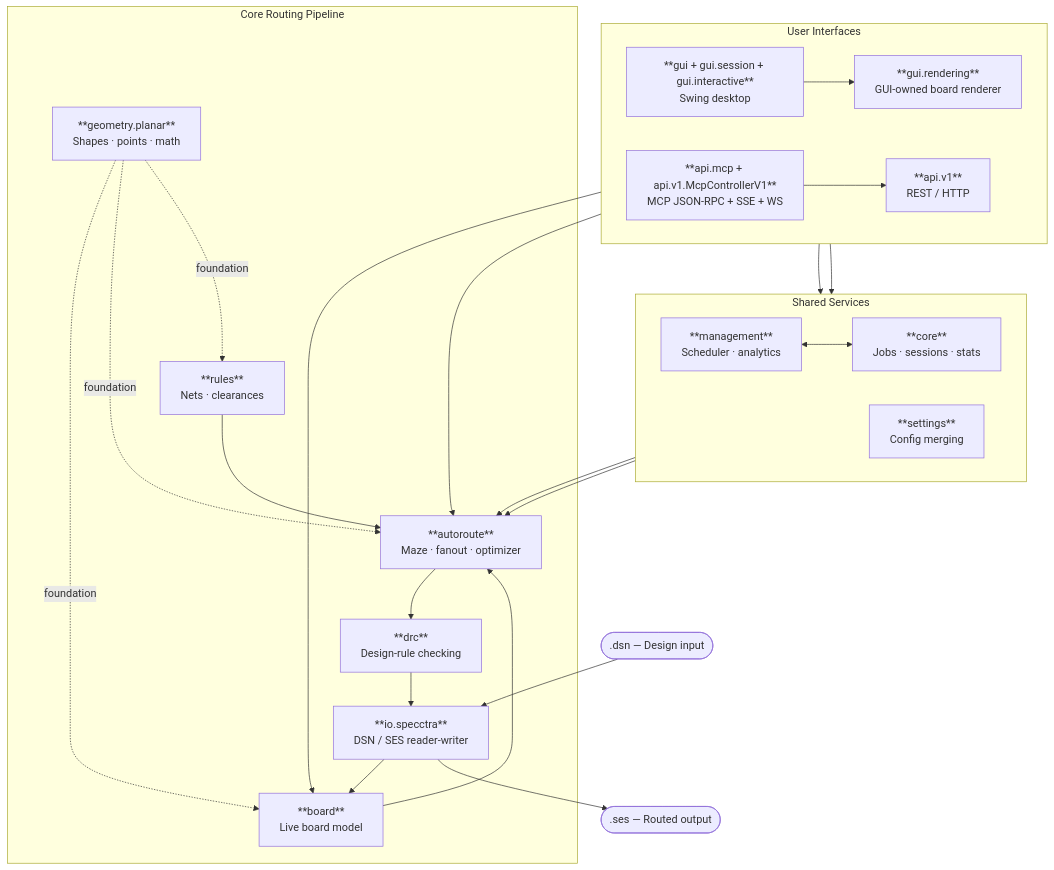
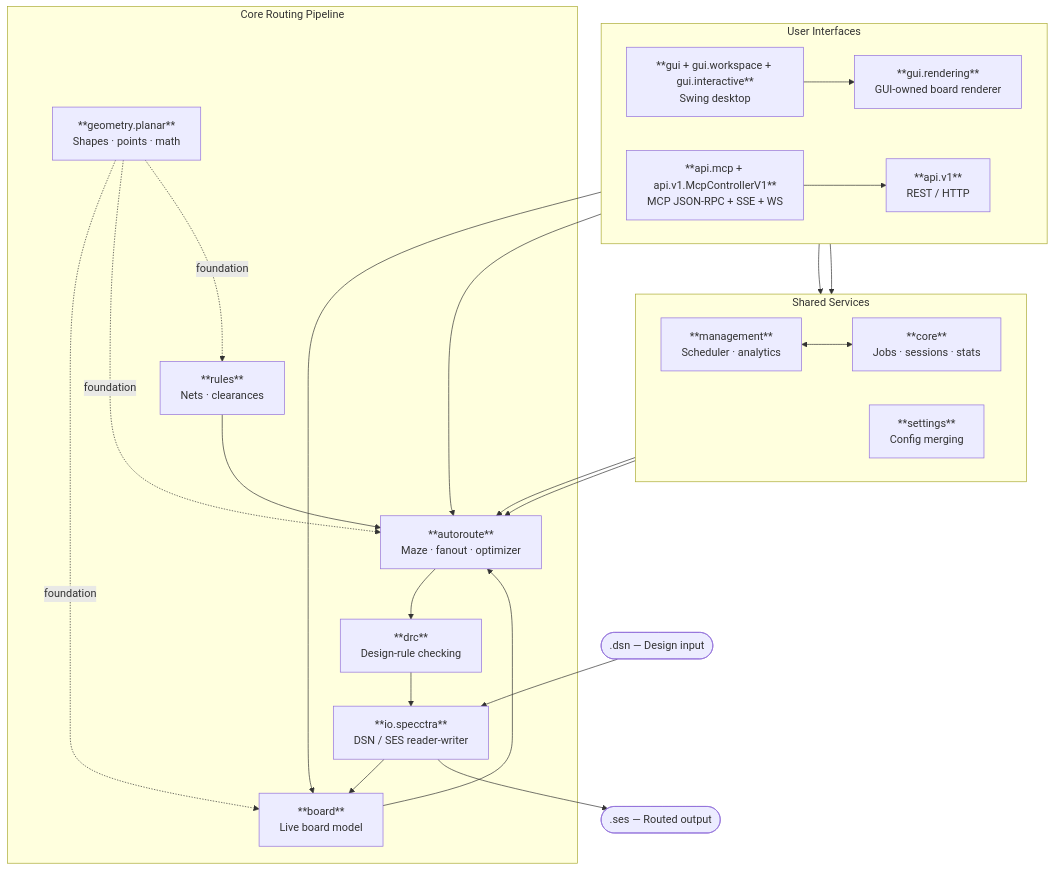
One commit to freerouting/freerouting changed the diagram in docs/architecture.md. Above: the diagram before and after it, drawn with Mermaid. The commit also changed other lines of this file and 202 other files, not shown here.

Commit message:
Complete Phase 2: Move gui.session to gui.workspace and rename WorkspaceSettings

````diff
--- a/docs/architecture.md
+++ b/docs/architecture.md
@@ -15,46 +15,46 @@
 ```mermaid
 flowchart TD
     DSN([".dsn — Design input"])
     SES([".ses — Routed output"])
 
     subgraph interfaces ["User Interfaces"]
         direction LR
-        GUI["**gui + gui.session + gui.interactive**\nSwing desktop"]
+        GUI["**gui + gui.workspace + gui.interactive**\nSwing desktop"]
         RENDER["**gui.rendering**\nGUI-owned board renderer"]
         API["**api.v1**\nREST / HTTP"]
         MCP["**api.mcp + api.v1.McpControllerV1**\nMCP JSON-RPC + SSE + WS"]
     end
 
     subgraph services ["Shared Services"]
         direction LR
         MGMT["**management**\nScheduler · analytics"]
         CORE["**core**\nJobs · sessions · stats"]
         CFG["**settings**\nConfig merging"]
     end
 
     subgraph pipeline ["Core Routing Pipeline"]
         IO["**io.specctra**\nDSN / SES reader-writer"]
         BOARD["**board**\nLive board model"]
         RULES["**rules**\nNets · clearances"]
         AR["**autoroute**\nMaze · fanout · optimizer"]
         DRC["**drc**\nDesign-rule checking"]
         GEO["**geometry.planar**\nShapes · points · math"]
     end
 
     DSN --> IO --> BOARD
     RULES --> AR
     BOARD --> AR
     AR --> DRC --> IO --> SES
     GEO -. foundation .-> BOARD
     GEO -. foundation .-> AR
     GEO -. foundation .-> RULES
 
     GUI --> MGMT
     GUI --> RENDER --> BOARD
     RENDER --> AR
     API --> MGMT
     MCP --> API
     MGMT <--> CORE
     CFG --> AR
     CORE --> AR
 ```
````
